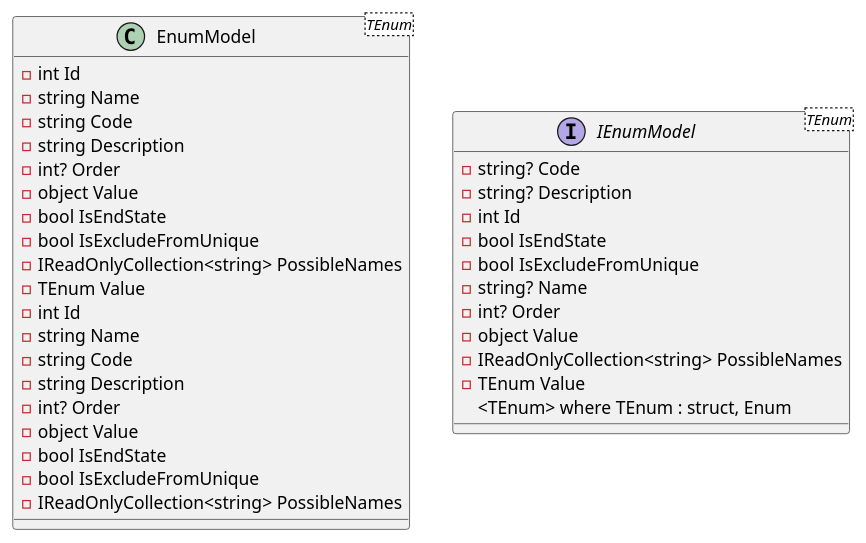
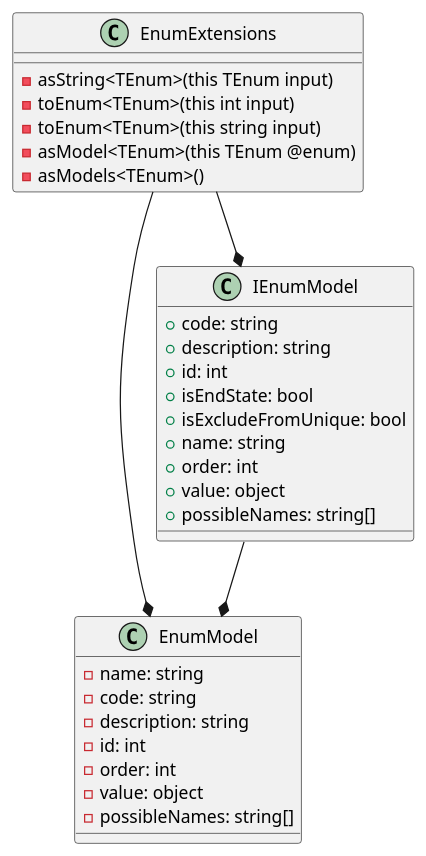
The first of 2 diagrams in docs/generated/Framework/Eliassen.System.Abstractions/Reflection/Documentation.md (mwwhited-forks/dotnet-libs), drawn with PlantUML before and after one commit. The commit also changed other lines of this file and 444 other files, not shown here.

````diff
--- a/docs/generated/Framework/Eliassen.System.Abstractions/Reflection/Documentation.md
+++ b/docs/generated/Framework/Eliassen.System.Abstractions/Reflection/Documentation.md
@@ -45,46 +63,38 @@
 ```plantuml
 @startuml
-class EnumModel {
-  - int Id
-  - string Name
-  - string Code
-  - string Description
-  - int? Order
-  - object Value
-  - bool IsEndState
-  - bool IsExcludeFromUnique
-  - IReadOnlyCollection<string> PossibleNames
+class EnumExtensions {
+  - asString<TEnum>(this TEnum input)
+  - toEnum<TEnum>(this int input)
+  - toEnum<TEnum>(this string input)
+  - asModel<TEnum>(this TEnum @enum)
+  - asModels<TEnum>()
 }
 
-class EnumModel<TEnum> {
-  - TEnum Value
-  - int Id
-  - string Name
-  - string Code
-  - string Description
-  - int? Order
-  - object Value
-  - bool IsEndState
-  - bool IsExcludeFromUnique
-  - IReadOnlyCollection<string> PossibleNames
+class EnumModel {
+  - name: string
+  - code: string
+  - description: string
+  - id: int
+  - order: int
+  - value: object
+  - possibleNames: string[]
 }
 
-interface IEnumModel {
-  - string? Code
-  - string? Description
-  - int Id
-  - bool IsEndState
-  - bool IsExcludeFromUnique
-  - string? Name
-  - int? Order
-  - object Value
-  - IReadOnlyCollection<string> PossibleNames
+class IEnumModel {
+  + code: string
+  + description: string
+  + id: int
+  + isEndState: bool
+  + isExcludeFromUnique: bool
+  + name: string
+  + order: int
+  + value: object
+  + possibleNames: string[]
 }
 
-interface IEnumModel<TEnum> {
-  - TEnum Value
-  <TEnum> where TEnum : struct, Enum
-}
+IEnumModel --* EnumModel
+EnumExtensions --* EnumModel
+EnumExtensions --* IEnumModel
 
 @enduml
 ```
````
